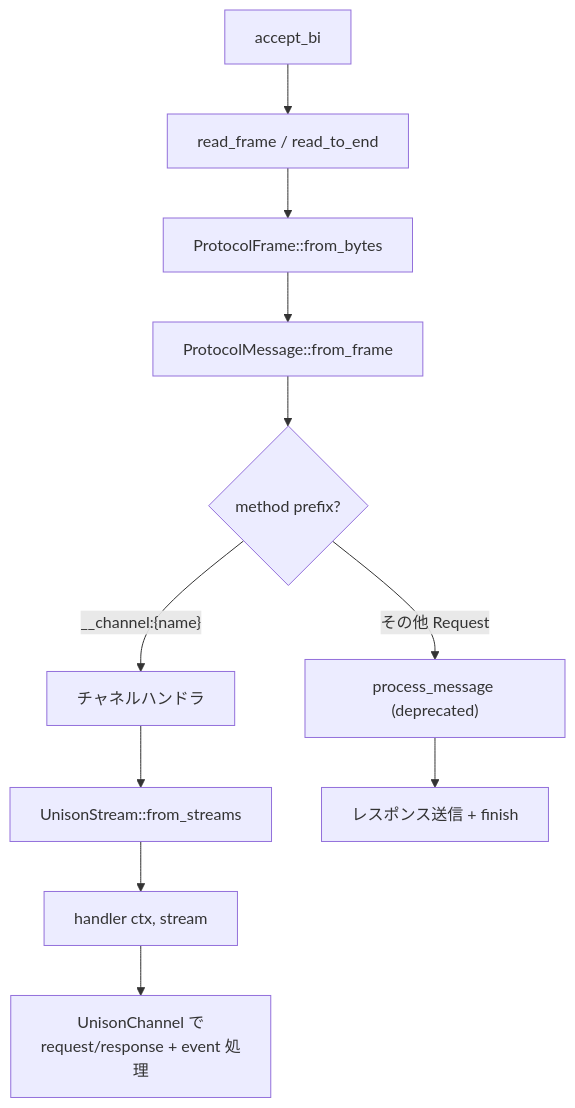
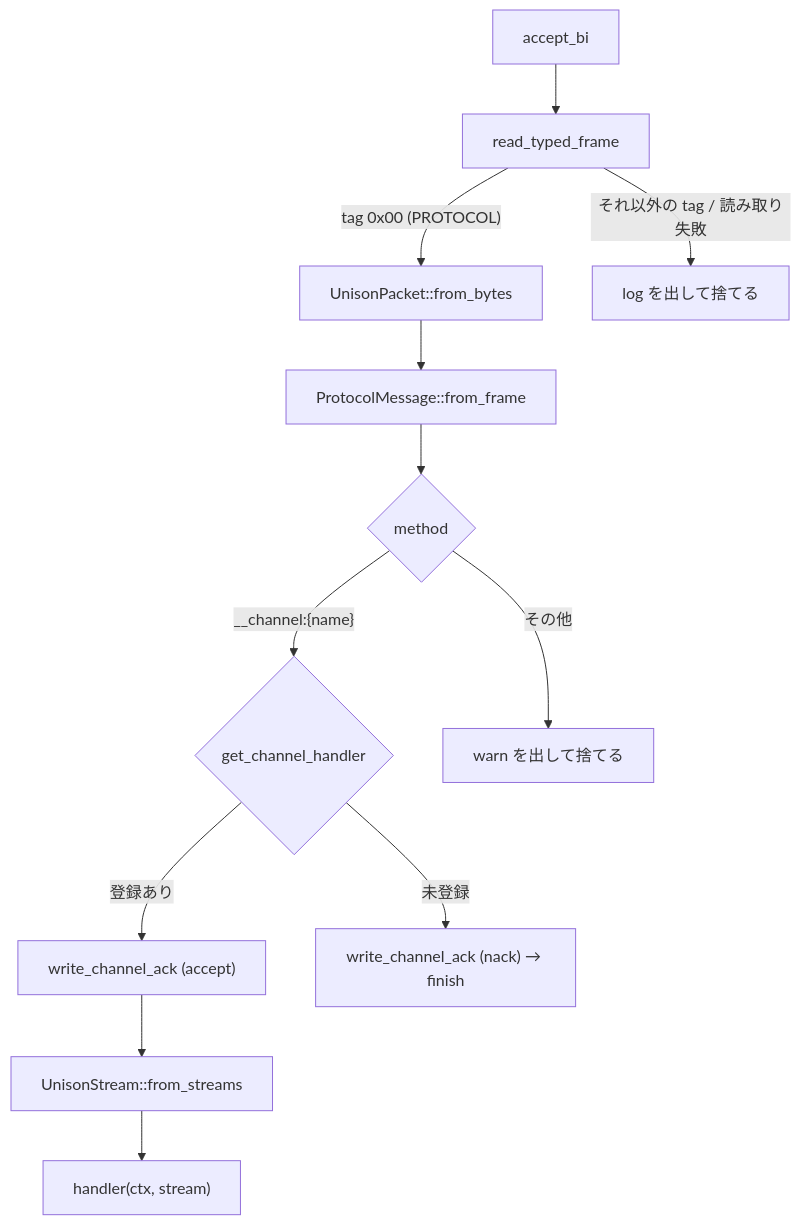
Before and after one commit to chronista-club/club-unison: the third of 3 diagrams in design/quic-runtime.md, drawn with Mermaid. The commit also changed other lines of this file and 24 other files, not shown here.

````diff
--- a/design/quic-runtime.md
+++ b/design/quic-runtime.md
@@ -203,16 +221,14 @@
 ```mermaid
 flowchart TD
-    A[accept_bi] --> B[read_frame / read_to_end]
-    B --> C[ProtocolFrame::from_bytes]
+    A[accept_bi] --> B[read_typed_frame]
+    B -->|"tag 0x00 (PROTOCOL)"| C[UnisonPacket::from_bytes]
+    B -->|それ以外の tag / 読み取り失敗| X[log を出して捨てる]
     C --> D[ProtocolMessage::from_frame]
-    D --> E{method prefix?}
-
-    E -->|"__channel:{name}"| F[チャネルハンドラ]
-    E -->|その他 Request| G["process_message (deprecated)"]
-
-    F --> I[UnisonStream::from_streams]
-    I --> J[handler ctx, stream]
-    J --> K["UnisonChannel で<br/>request/response + event 処理"]
-
-    G --> L[レスポンス送信 + finish]
+    D --> E{method}
+    E -->|"__channel:{name}"| F{get_channel_handler}
+    E -->|その他| W[warn を出して捨てる]
+    F -->|登録あり| G["write_channel_ack (accept)"]
+    G --> I[UnisonStream::from_streams]
+    I --> J["handler(ctx, stream)"]
+    F -->|未登録| N["write_channel_ack (nack) → finish"]
 ```
````
